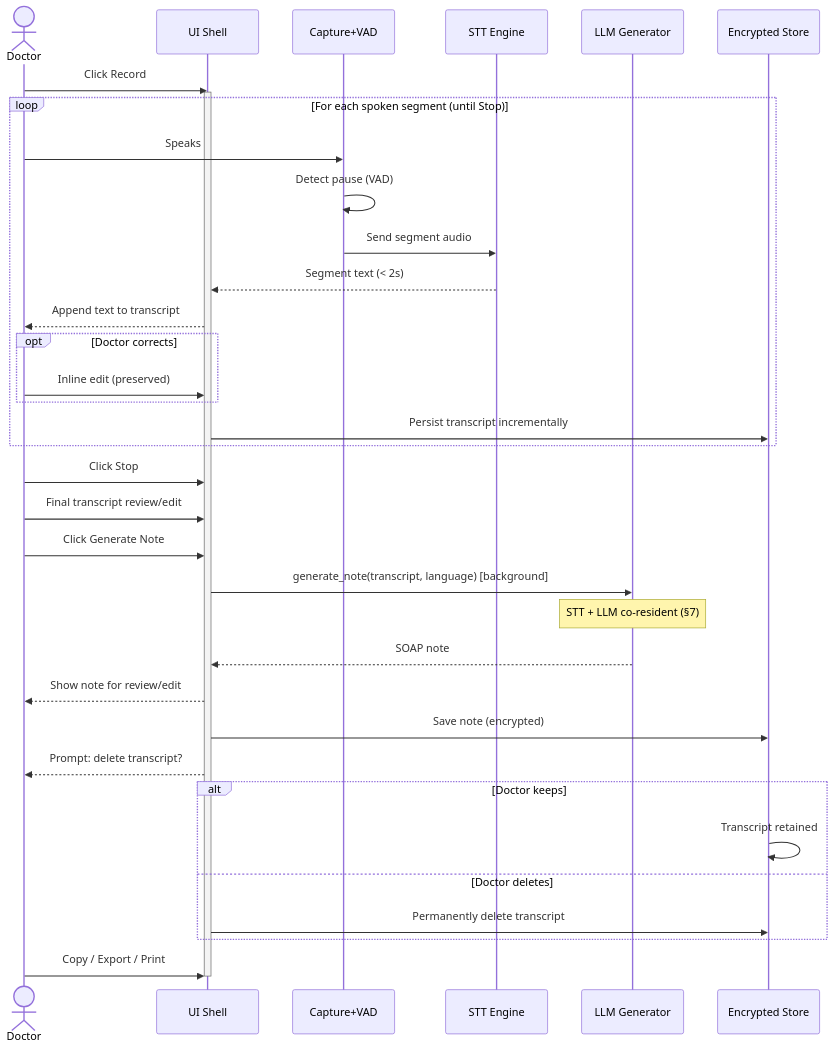
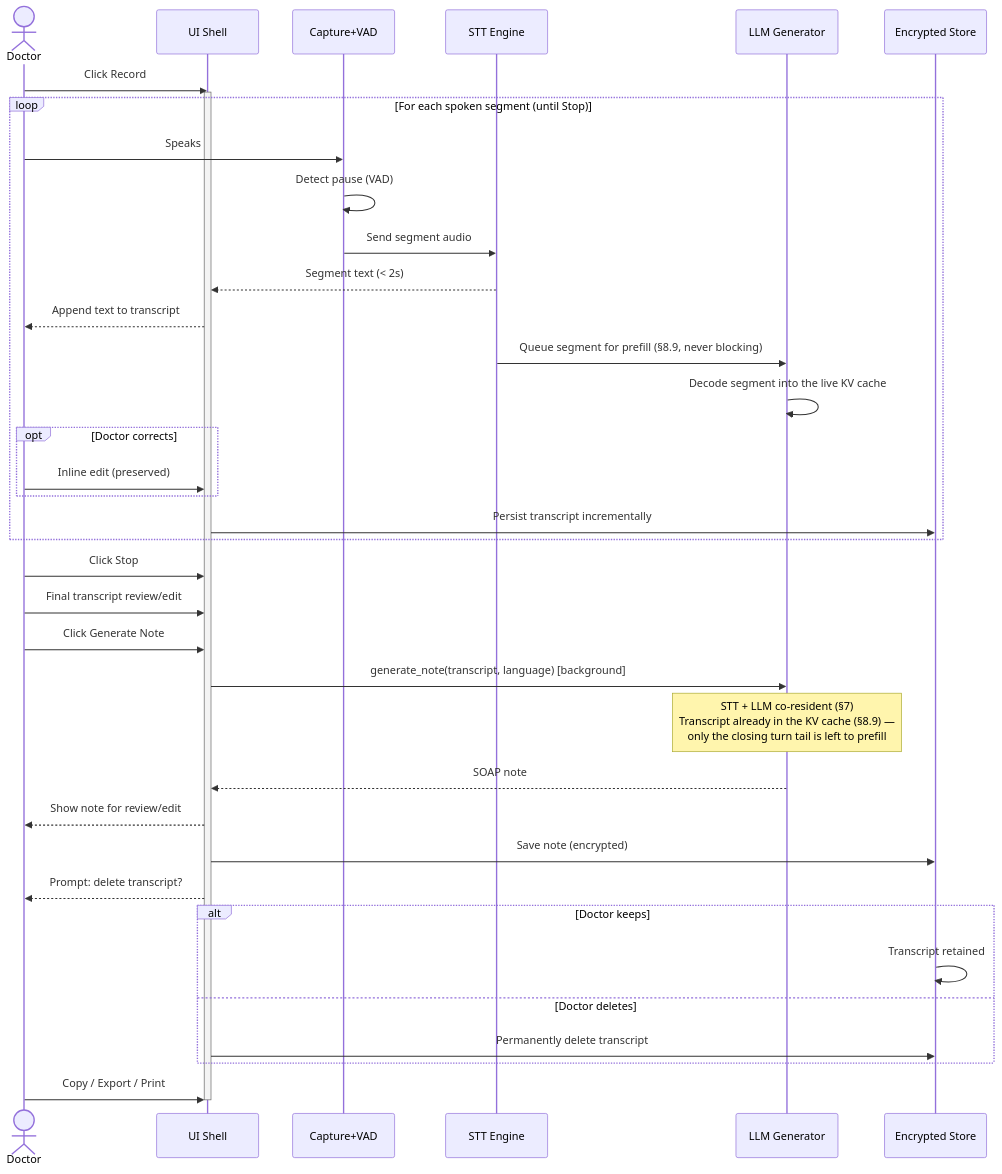
One commit to Vishnu373/asmart-medical-scribe changed the third of 4 diagrams in docs/design.md. Above: the diagram before and after it, drawn with Mermaid. The commit also changed other lines of this file and 18 other files, not shown here.

Commit message:
prefill on half the cores, executed along with the transcript phas e on incoming segmenets

````diff
--- a/docs/design.md
+++ b/docs/design.md
@@ -184,39 +187,41 @@
 ```mermaid
 sequenceDiagram
     actor Dr as Doctor
     participant UI as UI Shell
     participant Cap as Capture+VAD
     participant ASR as STT Engine
     participant LLM as LLM Generator
     participant DB as Encrypted Store
 
     Dr->>UI: Click Record
     activate UI
     loop For each spoken segment (until Stop)
         Dr->>Cap: Speaks
         Cap->>Cap: Detect pause (VAD)
         Cap->>ASR: Send segment audio
         ASR-->>UI: Segment text (< 2s)
         UI-->>Dr: Append text to transcript
+        ASR->>LLM: Queue segment for prefill (§8.9, never blocking)
+        LLM->>LLM: Decode segment into the live KV cache
         opt Doctor corrects
             Dr->>UI: Inline edit (preserved)
         end
         UI->>DB: Persist transcript incrementally
     end
     Dr->>UI: Click Stop
     Dr->>UI: Final transcript review/edit
     Dr->>UI: Click Generate Note
     UI->>LLM: generate_note(transcript, language) [background]
-    Note over LLM: STT + LLM co-resident (§7)
+    Note over LLM: STT + LLM co-resident (§7)<br/>Transcript already in the KV cache (§8.9) —<br/>only the closing turn tail is left to prefill
     LLM-->>UI: SOAP note
     UI-->>Dr: Show note for review/edit
     UI->>DB: Save note (encrypted)
     UI-->>Dr: Prompt: delete transcript?
     alt Doctor keeps
         DB->>DB: Transcript retained
     else Doctor deletes
         UI->>DB: Permanently delete transcript
     end
     Dr->>UI: Copy / Export / Print
     deactivate UI
 ```
````
